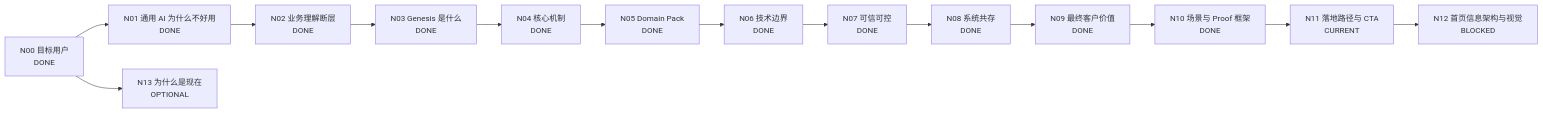
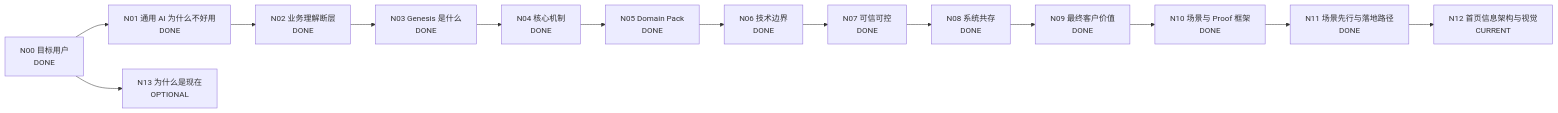
One commit to stevenge-godscode/stevenge-godscode.github.io changed the diagram in docs/product-introduction-dag.md. Above: the diagram before and after it, drawn with Mermaid. The commit also changed other lines of this file, not shown here.

Commit message:
docs: finalize scenario-first entry and move homepage IA to current

````diff
--- a/docs/product-introduction-dag.md
+++ b/docs/product-introduction-dag.md
@@ -26,20 +27,20 @@
 ```mermaid
 flowchart LR
     N00["N00 目标用户\nDONE"]
     N01["N01 通用 AI 为什么不好用\nDONE"]
     N02["N02 业务理解断层\nDONE"]
     N03["N03 Genesis 是什么\nDONE"]
     N04["N04 核心机制\nDONE"]
     N05["N05 Domain Pack\nDONE"]
     N06["N06 技术边界\nDONE"]
     N07["N07 可信可控\nDONE"]
     N08["N08 系统共存\nDONE"]
     N09["N09 最终客户价值\nDONE"]
     N10["N10 场景与 Proof 框架\nDONE"]
-    N11["N11 落地路径与 CTA\nCURRENT"]
-    N12["N12 首页信息架构与视觉\nBLOCKED"]
+    N11["N11 场景先行与落地路径\nDONE"]
+    N12["N12 首页信息架构与视觉\nCURRENT"]
     N13["N13 为什么是现在\nOPTIONAL"]
 
     N00 --> N01 --> N02 --> N03 --> N04 --> N05 --> N06 --> N07 --> N08 --> N09 --> N10 --> N11 --> N12
     N00 --> N13
 ```
````
